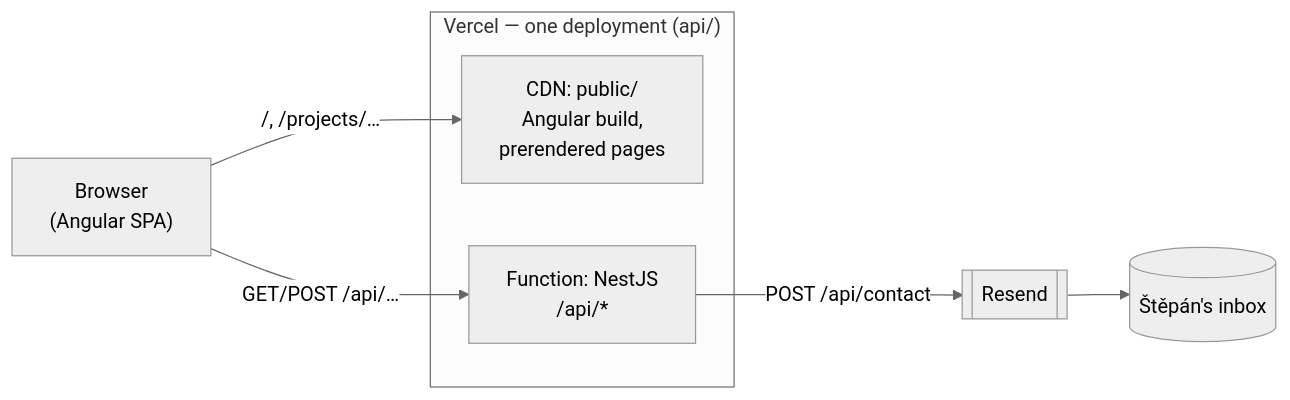
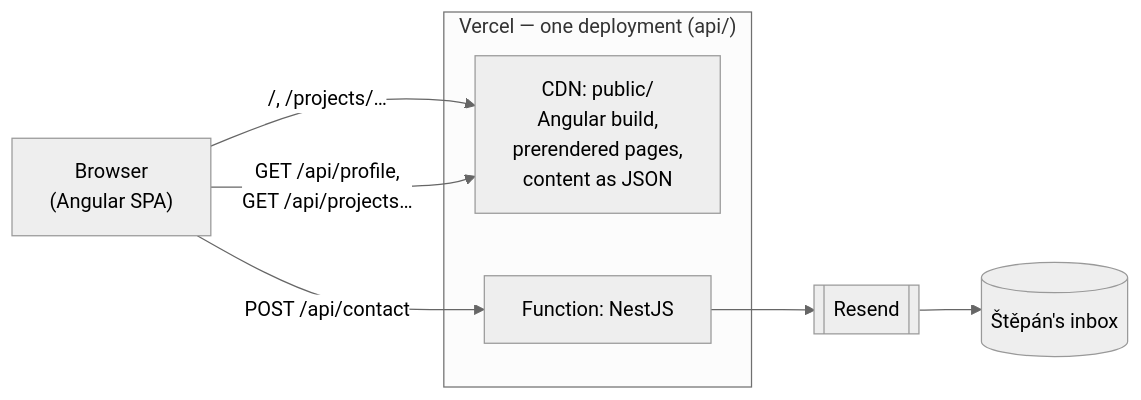
Before and after one commit to stepan-omelka/portfolio: the first of 2 diagrams in ARCHITECTURE.md, drawn with Mermaid (neutral theme). The commit also changed other lines of this file and 1 other file, not shown here.

````diff
--- a/ARCHITECTURE.md
+++ b/ARCHITECTURE.md
@@ -14,14 +15,15 @@
 ```mermaid
 graph LR
   B["Browser<br/>(Angular SPA)"]
   subgraph V["Vercel — one deployment (api/)"]
-    P["CDN: public/<br/>Angular build,<br/>prerendered pages"]
-    R["Function: NestJS<br/>/api/*"]
+    P["CDN: public/<br/>Angular build,<br/>prerendered pages,<br/>content as JSON"]
+    R["Function: NestJS"]
   end
   RS[["Resend"]]
   M[("Štěpán's inbox")]
 
   B -->|"/, /projects/…"| P
-  B -->|"GET/POST /api/…"| R
-  R -->|"POST /api/contact"| RS --> M
+  B -->|"GET /api/profile,<br/>GET /api/projects…"| P
+  B -->|"POST /api/contact"| R
+  R --> RS --> M
 ```
````
